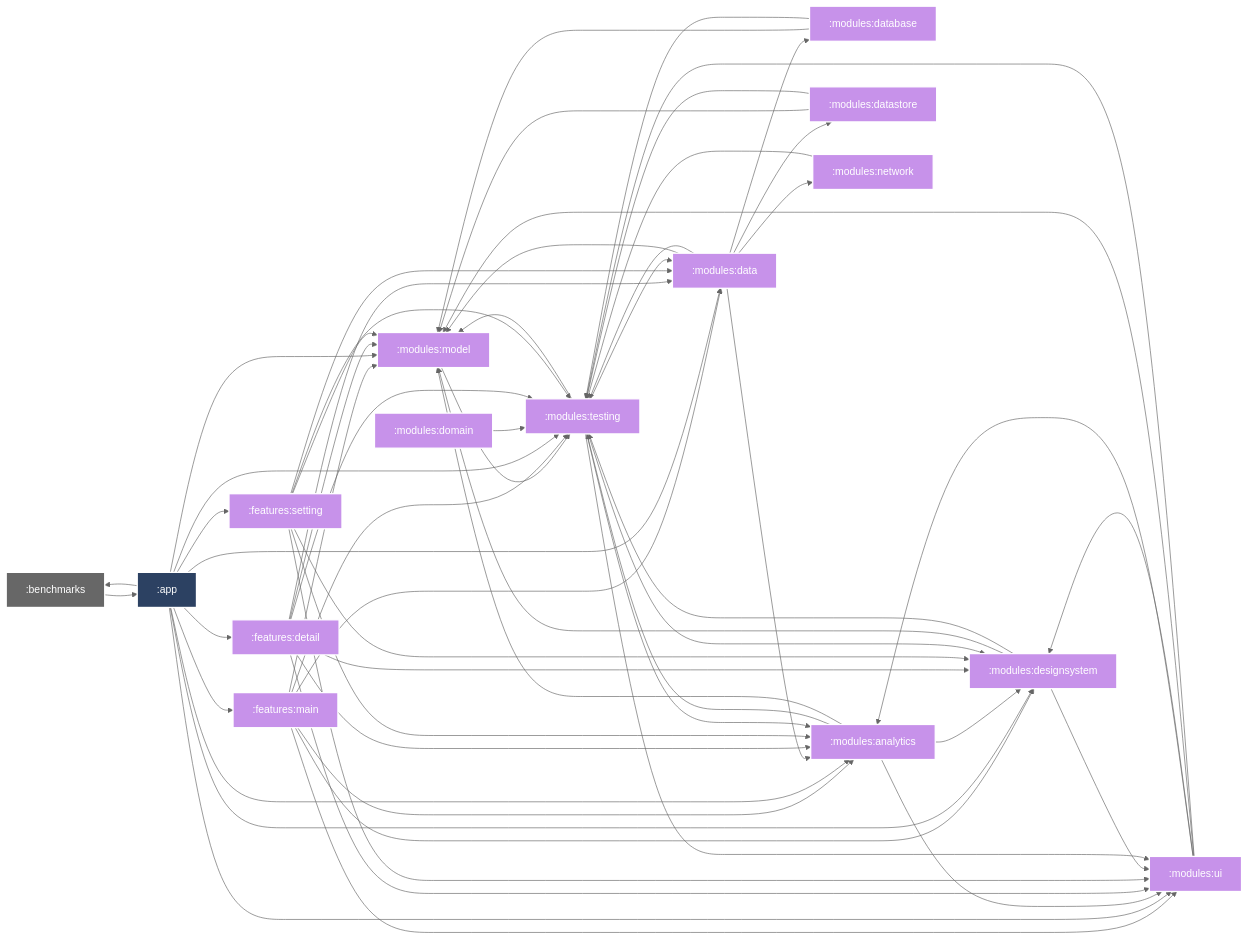
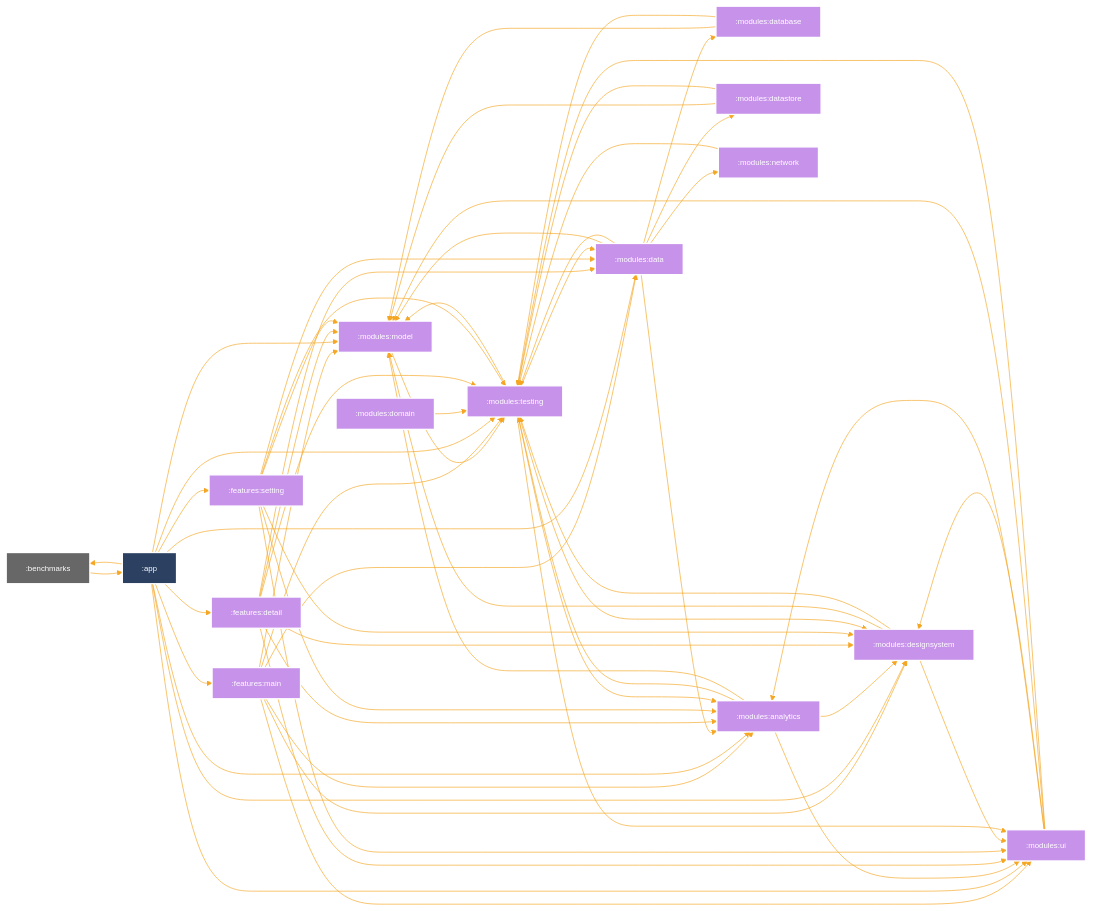
Before and after one commit to mshdabiola/Kmtemplate: the diagram in FULLGRAPH.md, drawn with Mermaid. The commit also changed 2 other files, not shown here.

Commit message:
feat: configure theme colors for mermaid graphs
- Configures theme colors for mermaid graphs in `build.gradle.kts`, `FULLGRAPH.md`, and `features/main/README.md`.
- Sets primary text color to white (`#fff`), primary color to purple (`#5a4f7c`), primary border color to purple (`#5a4f7c`), line color to orange (`#f5a623`), tertiary color to dark purple (`#40375c`), and font size to `12px`.
- Defines a `focusColor` of orange (`#FA8140`) for focused elements.
- Updates the Mermaid initialization to use the 'base' theme and the custom theme variables.
- Applies these colors to both the main module graph (`features/main/README.md`) and the full graph (`FULLGRAPH.md`).
- In the main graph, a class `focus` is defined with a `fill:#FA8140` to color the focused item and with `color:#fff` to white the focused item's text.
- In the main graph, the `focusedModulesRegex` has been added.

````diff
--- a/FULLGRAPH.md
+++ b/FULLGRAPH.md
@@ -3,7 +3,8 @@
 ```mermaid
 %%{
   init: {
-    'theme': 'neutral'
+    'theme': 'base',
+    'themeVariables': {"primaryTextColor":"#fff","primaryColor":"#5a4f7c","primaryBorderColor":"#5a4f7c","lineColor":"#f5a623","tertiaryColor":"#40375c","fontSize":"12px"}
   }
 }%%
 
````
